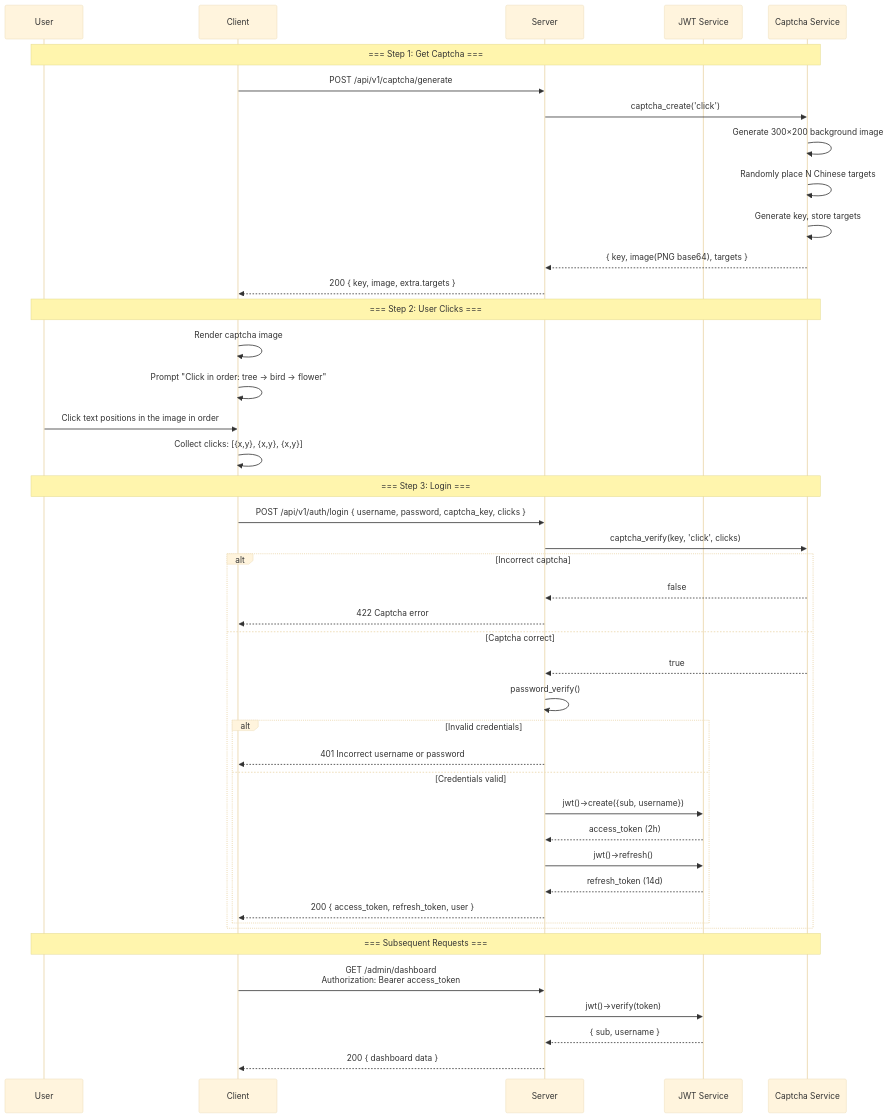
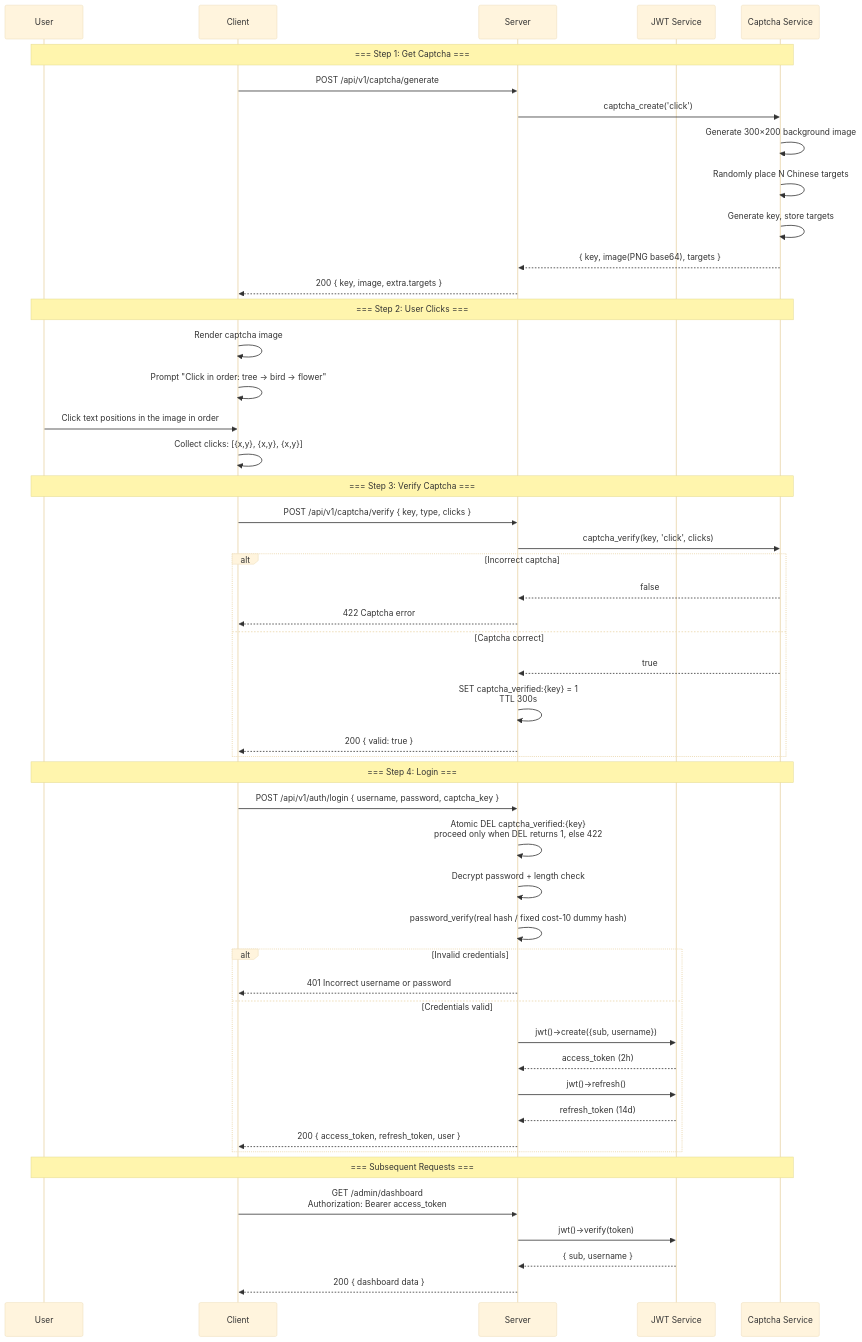
One commit to erikwang2013/open-admin changed the fourth of 14 diagrams in docs/ARCHITECTURE.en.md. Above: the diagram before and after it, drawn with Mermaid (base theme). The commit also changed other lines of this file and 62 other files, not shown here.

````diff
--- a/docs/ARCHITECTURE.en.md
+++ b/docs/ARCHITECTURE.en.md
@@ -218,49 +222,56 @@
 ```mermaid
 sequenceDiagram
     participant U as User
     participant CL as Client
     participant SV as Server
     participant JWT as JWT Service
     participant CAP as Captcha Service
 
     Note over U,CAP: === Step 1: Get Captcha ===
     CL->>SV: POST /api/v1/captcha/generate
     SV->>CAP: captcha_create('click')
     CAP->>CAP: Generate 300×200 background image
     CAP->>CAP: Randomly place N Chinese targets
     CAP->>CAP: Generate key, store targets
     CAP-->>SV: { key, image(PNG base64), targets }
     SV-->>CL: 200 { key, image, extra.targets }
 
     Note over U,CAP: === Step 2: User Clicks ===
     CL->>CL: Render captcha image
     CL->>CL: Prompt "Click in order: tree → bird → flower"
     U->>CL: Click text positions in the image in order
     CL->>CL: Collect clicks: [{x,y}, {x,y}, {x,y}]
 
-    Note over U,CAP: === Step 3: Login ===
-    CL->>SV: POST /api/v1/auth/login { username, password, captcha_key, clicks }
+    Note over U,CAP: === Step 3: Verify Captcha ===
+    CL->>SV: POST /api/v1/captcha/verify { key, type, clicks }
     SV->>CAP: captcha_verify(key, 'click', clicks)
     alt Incorrect captcha
         CAP-->>SV: false
         SV-->>CL: 422 Captcha error
     else Captcha correct
         CAP-->>SV: true
-        SV->>SV: password_verify()
-        alt Invalid credentials
-            SV-->>CL: 401 Incorrect username or password
-        else Credentials valid
-            SV->>JWT: jwt()->create({sub, username})
-            JWT-->>SV: access_token (2h)
-            SV->>JWT: jwt()->refresh()
-            JWT-->>SV: refresh_token (14d)
-            SV-->>CL: 200 { access_token, refresh_token, user }
-        end
+        SV->>SV: SET captcha_verified:{key} = 1<br/>TTL 300s
+        SV-->>CL: 200 { valid: true }
+    end
+
+    Note over U,CAP: === Step 4: Login ===
+    CL->>SV: POST /api/v1/auth/login { username, password, captcha_key }
+    SV->>SV: Atomic DEL captcha_verified:{key}<br/>proceed only when DEL returns 1, else 422
+    SV->>SV: Decrypt password + length check
+    SV->>SV: password_verify(real hash / fixed cost-10 dummy hash)
+    alt Invalid credentials
+        SV-->>CL: 401 Incorrect username or password
+    else Credentials valid
+        SV->>JWT: jwt()->create({sub, username})
+        JWT-->>SV: access_token (2h)
+        SV->>JWT: jwt()->refresh()
+        JWT-->>SV: refresh_token (14d)
+        SV-->>CL: 200 { access_token, refresh_token, user }
     end
 
     Note over U,CAP: === Subsequent Requests ===
     CL->>SV: GET /admin/dashboard<br/>Authorization: Bearer access_token
     SV->>JWT: jwt()->verify(token)
     JWT-->>SV: { sub, username }
     SV-->>CL: 200 { dashboard data }
 ```
````
